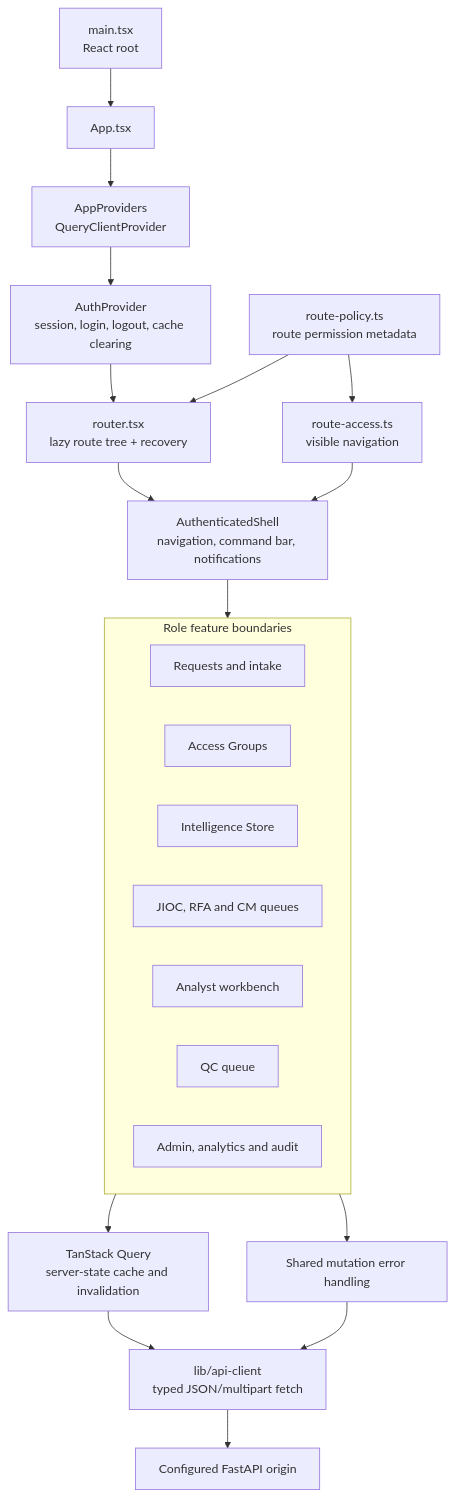
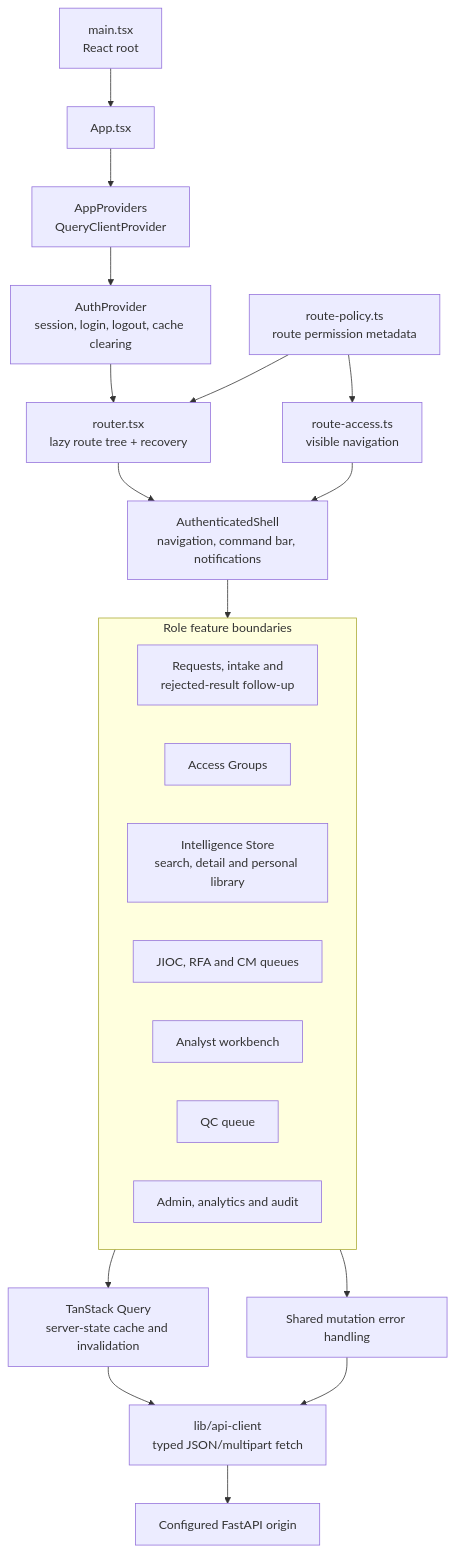
One commit to ShabalalaWATP/Coeus changed the second of 5 diagrams in docs/architecture/APPLICATION_COMPONENTS.md. Above: the diagram before and after it, drawn with Mermaid. The commit also changed other lines of this file and 36 other files, not shown here.

Commit message:
docs: refresh interface and architecture guidance

````diff
--- a/docs/architecture/APPLICATION_COMPONENTS.md
+++ b/docs/architecture/APPLICATION_COMPONENTS.md
@@ -47,36 +47,36 @@
 ```mermaid
 flowchart TB
     accTitle: React frontend component architecture
     accDescr: Router and session context establish the shell, route policy controls navigation, feature pages use TanStack Query and typed API clients, and the server remains authoritative.
 
     ENTRY["main.tsx<br/>React root"]
     APP["App.tsx"]
     PROVIDERS["AppProviders<br/>QueryClientProvider"]
     ROUTER["router.tsx<br/>lazy route tree + recovery"]
     AUTH["AuthProvider<br/>session, login, logout, cache clearing"]
     SHELL["AuthenticatedShell<br/>navigation, command bar, notifications"]
     RP["route-policy.ts<br/>route permission metadata"]
     NAV["route-access.ts<br/>visible navigation"]
 
     subgraph features["Role feature boundaries"]
-        REQ["Requests and intake"]
+        REQ["Requests, intake and<br/>rejected-result follow-up"]
         ACCESS["Access Groups"]
-        STORE["Intelligence Store"]
+        STORE["Intelligence Store<br/>search, detail and personal library"]
         ROUTING["JIOC, RFA and CM queues"]
         ANALYST["Analyst workbench"]
         QC["QC queue"]
         ADMIN["Admin, analytics and audit"]
     end
 
     QUERY["TanStack Query<br/>server-state cache and invalidation"]
     MUT["Shared mutation error handling"]
     CLIENT["lib/api-client<br/>typed JSON/multipart fetch"]
     API["Configured FastAPI origin"]
 
     ENTRY --> APP --> PROVIDERS --> AUTH --> ROUTER --> SHELL
     RP --> ROUTER
     RP --> NAV --> SHELL
     SHELL --> features
     features --> QUERY --> CLIENT --> API
     features --> MUT --> CLIENT
 ```
````
